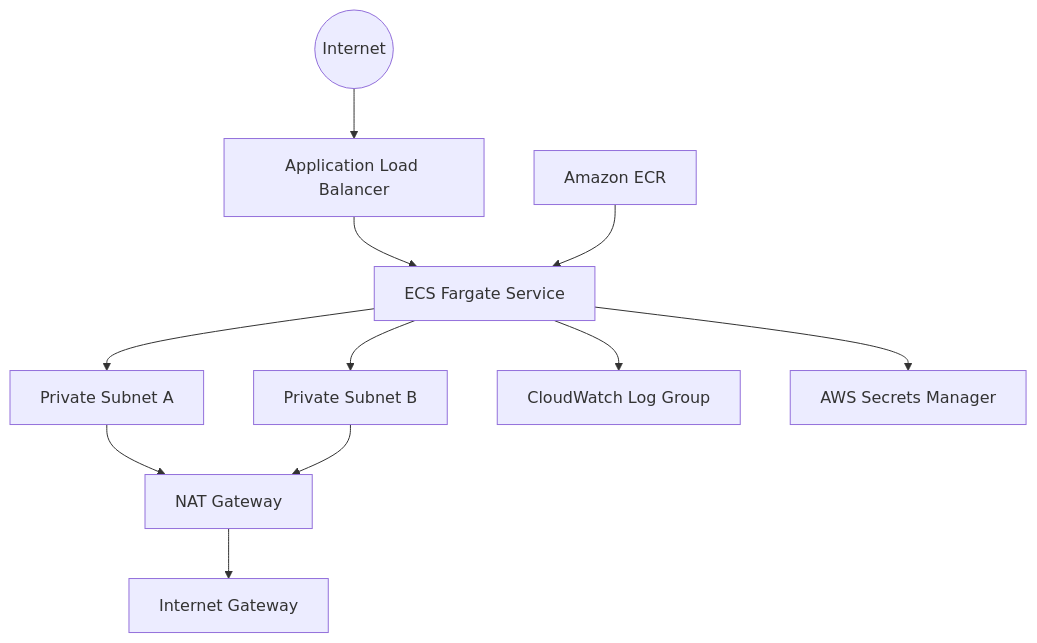
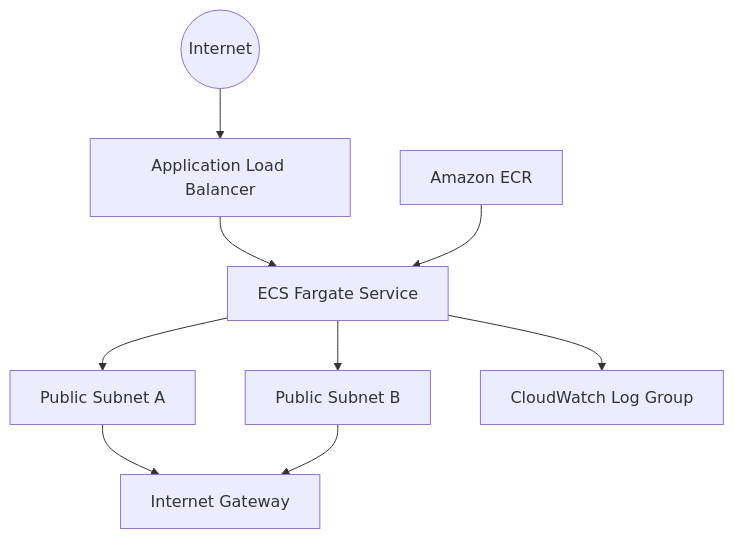
Before and after one commit to sumitverma77/infra-pilot-api: the fifth of 6 diagrams in README.md, drawn with Mermaid. The commit also changed other lines of this file, not shown here.

````diff
--- a/README.md
+++ b/README.md
@@ -80,13 +94,11 @@
 ```mermaid
 flowchart TB
   Internet((Internet)) --> ALB[Application Load Balancer]
   ALB --> ECS[ECS Fargate Service]
-  ECS --> Private1[Private Subnet A]
-  ECS --> Private2[Private Subnet B]
-  Private1 --> NAT[NAT Gateway]
-  Private2 --> NAT
-  NAT --> IGW[Internet Gateway]
+  ECS --> Public1[Public Subnet A]
+  ECS --> Public2[Public Subnet B]
+  Public1 --> IGW[Internet Gateway]
+  Public2 --> IGW
   ECS --> Logs[CloudWatch Log Group]
-  ECS --> Secrets[AWS Secrets Manager]
   ECR[Amazon ECR] --> ECS
 ```
````
